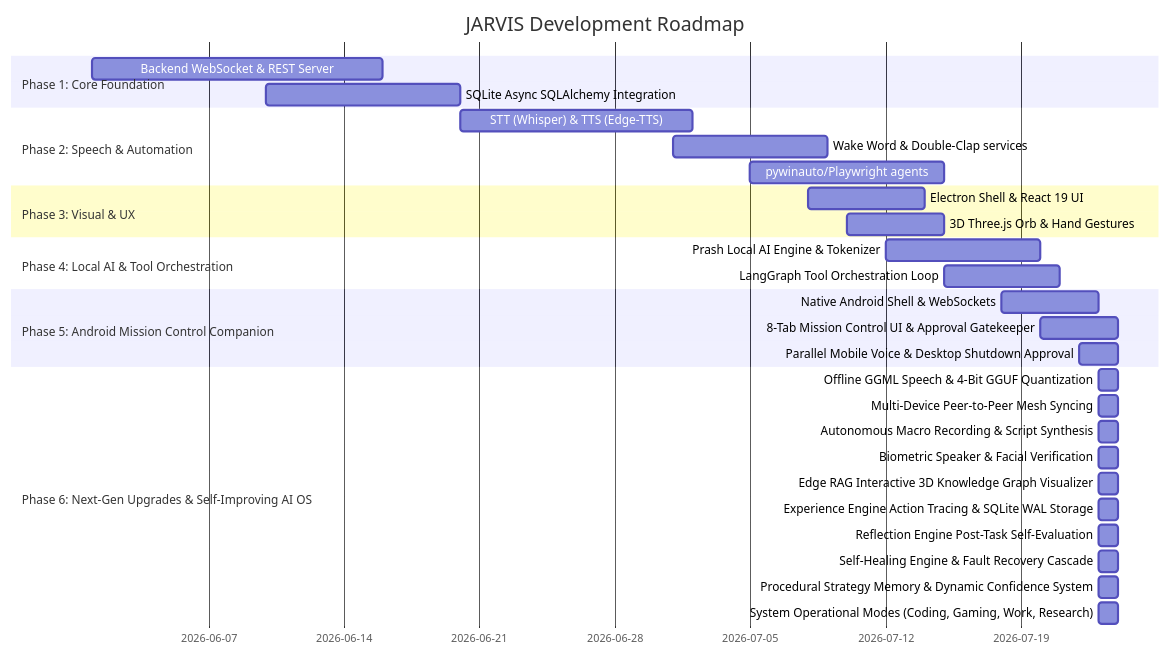
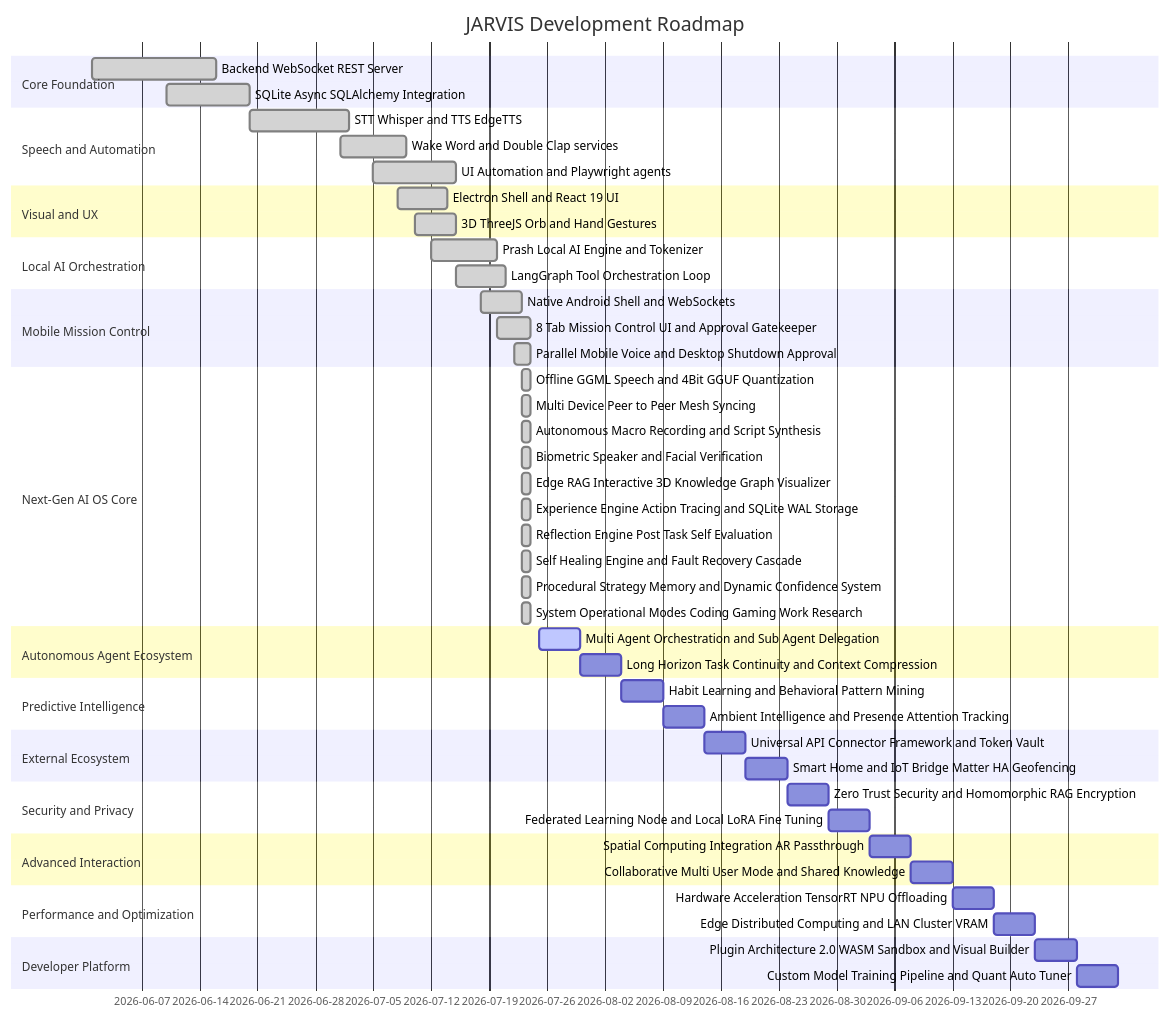
The diagram in documentations/Tracker.md (Ashrit-Raghupatruni/JARVIS), drawn with Mermaid before and after one commit. The commit also changed other lines of this file and 3 other files, not shown here.

Commit message:
docs: sync Phases 7-13 roadmap expansion, fix Mermaid Gantt header syntax, and clean section titles

````diff
--- a/documentations/Tracker.md
+++ b/documentations/Tracker.md
@@ -9,33 +9,54 @@
 ```mermaid
 gantt
     title JARVIS Development Roadmap
-    dateFormat  YYYY-MM-DD
-    section Phase 1: Core Foundation
-    Backend WebSocket & REST Server :completed, 2026-06-01, 15d
-    SQLite Async SQLAlchemy Integration :completed, 2026-06-10, 10d
-    section Phase 2: Speech & Automation
-    STT (Whisper) & TTS (Edge-TTS) :completed, 2026-06-20, 12d
-    Wake Word & Double-Clap services :completed, 2026-07-01, 8d
-    pywinauto/Playwright agents :completed, 2026-07-05, 10d
-    section Phase 3: Visual & UX
-    Electron Shell & React 19 UI :completed, 2026-07-08, 6d
-    3D Three.js Orb & Hand Gestures :completed, 2026-07-10, 5d
-    section Phase 4: Local AI & Tool Orchestration
-    Prash Local AI Engine & Tokenizer :completed, 2026-07-12, 8d
-    LangGraph Tool Orchestration Loop :completed, 2026-07-15, 6d
-    section Phase 5: Android Mission Control Companion
-    Native Android Shell & WebSockets :completed, 2026-07-18, 5d
-    8-Tab Mission Control UI & Approval Gatekeeper :completed, 2026-07-20, 4d
-    Parallel Mobile Voice & Desktop Shutdown Approval :completed, 2026-07-22, 2d
-    section Phase 6: Next-Gen Upgrades & Self-Improving AI OS
-    Offline GGML Speech & 4-Bit GGUF Quantization :completed, 2026-07-23, 1d
-    Multi-Device Peer-to-Peer Mesh Syncing :completed, 2026-07-23, 1d
-    Autonomous Macro Recording & Script Synthesis :completed, 2026-07-23, 1d
-    Biometric Speaker & Facial Verification :completed, 2026-07-23, 1d
-    Edge RAG Interactive 3D Knowledge Graph Visualizer :completed, 2026-07-23, 1d
-    Experience Engine Action Tracing & SQLite WAL Storage :completed, 2026-07-23, 1d
-    Reflection Engine Post-Task Self-Evaluation :completed, 2026-07-23, 1d
-    Self-Healing Engine & Fault Recovery Cascade :completed, 2026-07-23, 1d
-    Procedural Strategy Memory & Dynamic Confidence System :completed, 2026-07-23, 1d
-    System Operational Modes (Coding, Gaming, Work, Research) :completed, 2026-07-23, 1d
+    dateFormat YYYY-MM-DD
+    section Core Foundation
+    Backend WebSocket REST Server :done, t1_1, 2026-06-01, 15d
+    SQLite Async SQLAlchemy Integration :done, t1_2, 2026-06-10, 10d
+    section Speech and Automation
+    STT Whisper and TTS EdgeTTS :done, t2_1, 2026-06-20, 12d
+    Wake Word and Double Clap services :done, t2_2, 2026-07-01, 8d
+    UI Automation and Playwright agents :done, t2_3, 2026-07-05, 10d
+    section Visual and UX
+    Electron Shell and React 19 UI :done, t3_1, 2026-07-08, 6d
+    3D ThreeJS Orb and Hand Gestures :done, t3_2, 2026-07-10, 5d
+    section Local AI Orchestration
+    Prash Local AI Engine and Tokenizer :done, t4_1, 2026-07-12, 8d
+    LangGraph Tool Orchestration Loop :done, t4_2, 2026-07-15, 6d
+    section Mobile Mission Control
+    Native Android Shell and WebSockets :done, t5_1, 2026-07-18, 5d
+    8 Tab Mission Control UI and Approval Gatekeeper :done, t5_2, 2026-07-20, 4d
+    Parallel Mobile Voice and Desktop Shutdown Approval :done, t5_3, 2026-07-22, 2d
+    section Next-Gen AI OS Core
+    Offline GGML Speech and 4Bit GGUF Quantization :done, t6_1, 2026-07-23, 1d
+    Multi Device Peer to Peer Mesh Syncing :done, t6_2, 2026-07-23, 1d
+    Autonomous Macro Recording and Script Synthesis :done, t6_3, 2026-07-23, 1d
+    Biometric Speaker and Facial Verification :done, t6_4, 2026-07-23, 1d
+    Edge RAG Interactive 3D Knowledge Graph Visualizer :done, t6_5, 2026-07-23, 1d
+    Experience Engine Action Tracing and SQLite WAL Storage :done, t6_6, 2026-07-23, 1d
+    Reflection Engine Post Task Self Evaluation :done, t6_7, 2026-07-23, 1d
+    Self Healing Engine and Fault Recovery Cascade :done, t6_8, 2026-07-23, 1d
+    Procedural Strategy Memory and Dynamic Confidence System :done, t6_9, 2026-07-23, 1d
+    System Operational Modes Coding Gaming Work Research :done, t6_10, 2026-07-23, 1d
+    section Autonomous Agent Ecosystem
+    Multi Agent Orchestration and Sub Agent Delegation :active, t7_1, 2026-07-25, 5d
+    Long Horizon Task Continuity and Context Compression :t7_2, 2026-07-30, 5d
+    section Predictive Intelligence
+    Habit Learning and Behavioral Pattern Mining :t8_1, 2026-08-04, 5d
+    Ambient Intelligence and Presence Attention Tracking :t8_2, 2026-08-09, 5d
+    section External Ecosystem
+    Universal API Connector Framework and Token Vault :t9_1, 2026-08-14, 5d
+    Smart Home and IoT Bridge Matter HA Geofencing :t9_2, 2026-08-19, 5d
+    section Security and Privacy
+    Zero Trust Security and Homomorphic RAG Encryption :t10_1, 2026-08-24, 5d
+    Federated Learning Node and Local LoRA Fine Tuning :t10_2, 2026-08-29, 5d
+    section Advanced Interaction
+    Spatial Computing Integration AR Passthrough :t11_1, 2026-09-03, 5d
+    Collaborative Multi User Mode and Shared Knowledge :t11_2, 2026-09-08, 5d
+    section Performance and Optimization
+    Hardware Acceleration TensorRT NPU Offloading :t12_1, 2026-09-13, 5d
+    Edge Distributed Computing and LAN Cluster VRAM :t12_2, 2026-09-18, 5d
+    section Developer Platform
+    Plugin Architecture 2.0 WASM Sandbox and Visual Builder :t13_1, 2026-09-23, 5d
+    Custom Model Training Pipeline and Quant Auto Tuner :t13_2, 2026-09-28, 5d
 ```
````
